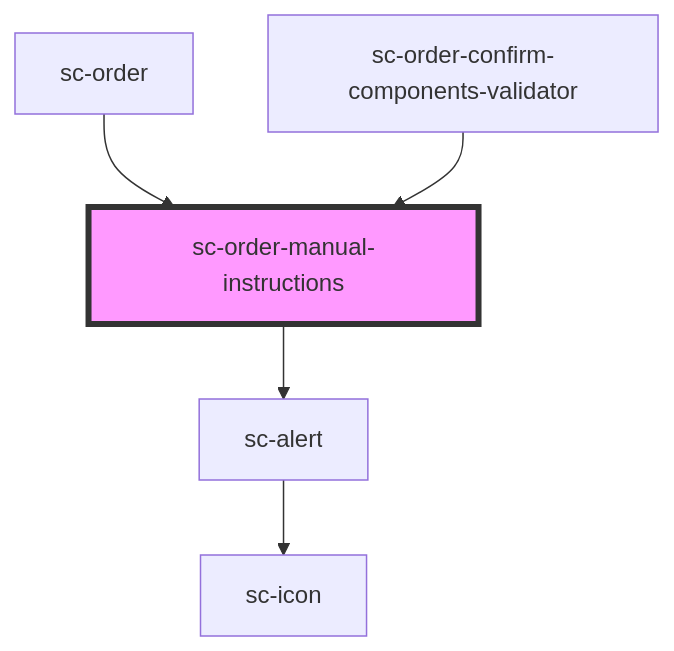
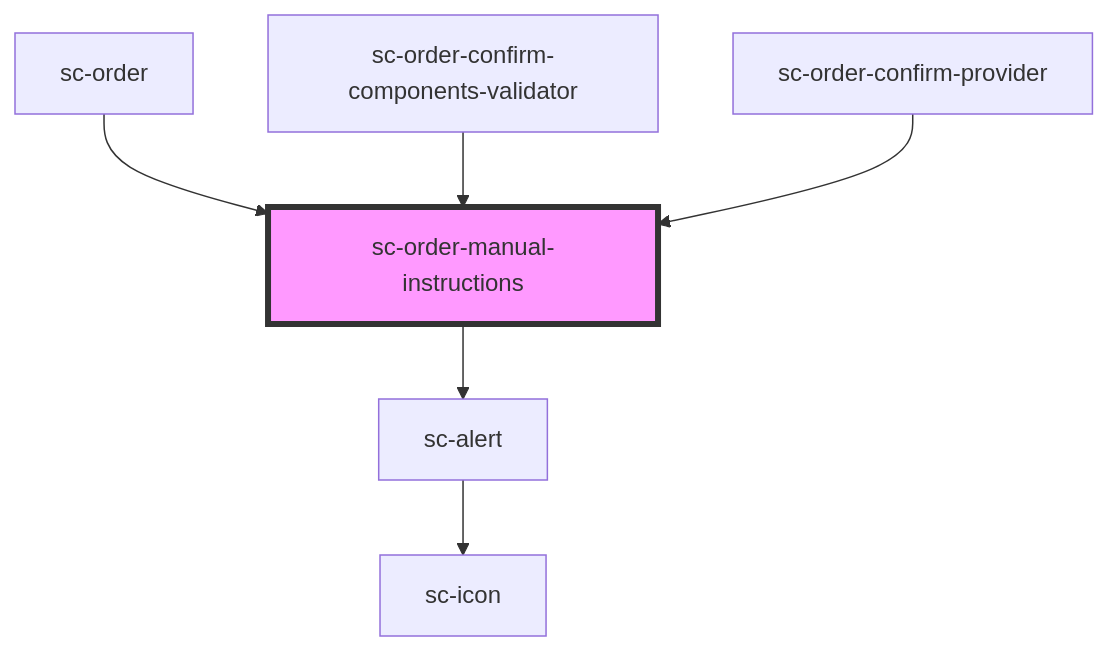
The diagram in packages/components/src/components/controllers/confirmation/manual-instructions/readme.md (surecart/surecart-wp-plugin), drawn with Mermaid before and after one commit. The commit also changed other lines of this file and 7 other files, not shown here.

````diff
--- a/packages/components/src/components/controllers/confirmation/manual-instructions/readme.md
+++ b/packages/components/src/components/controllers/confirmation/manual-instructions/readme.md
@@ -28,8 +29,9 @@
 ```mermaid
 graph TD;
   sc-order-manual-instructions --> sc-alert
   sc-alert --> sc-icon
   sc-order --> sc-order-manual-instructions
   sc-order-confirm-components-validator --> sc-order-manual-instructions
+  sc-order-confirm-provider --> sc-order-manual-instructions
   style sc-order-manual-instructions fill:#f9f,stroke:#333,stroke-width:4px
 ```
````
